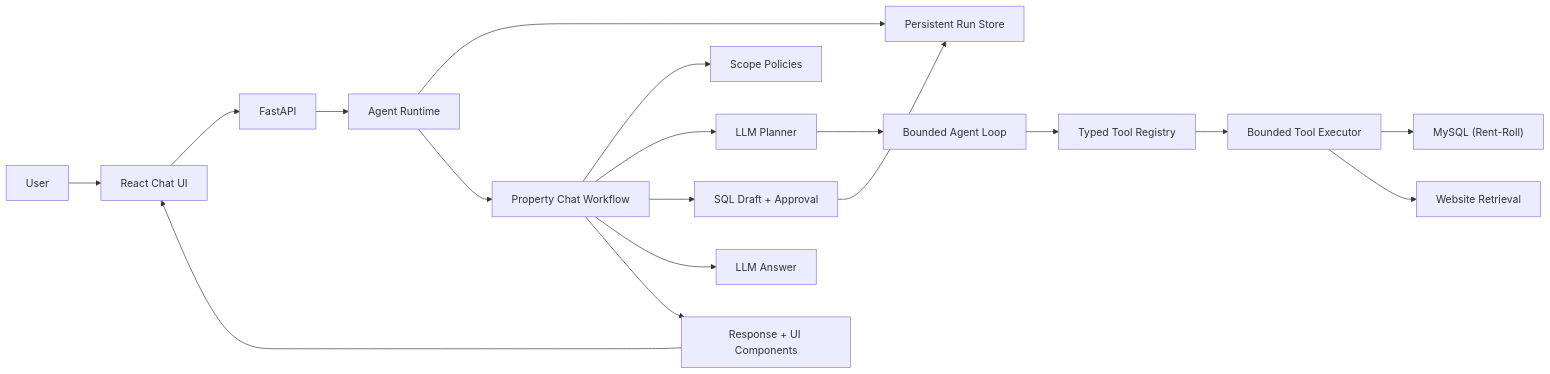
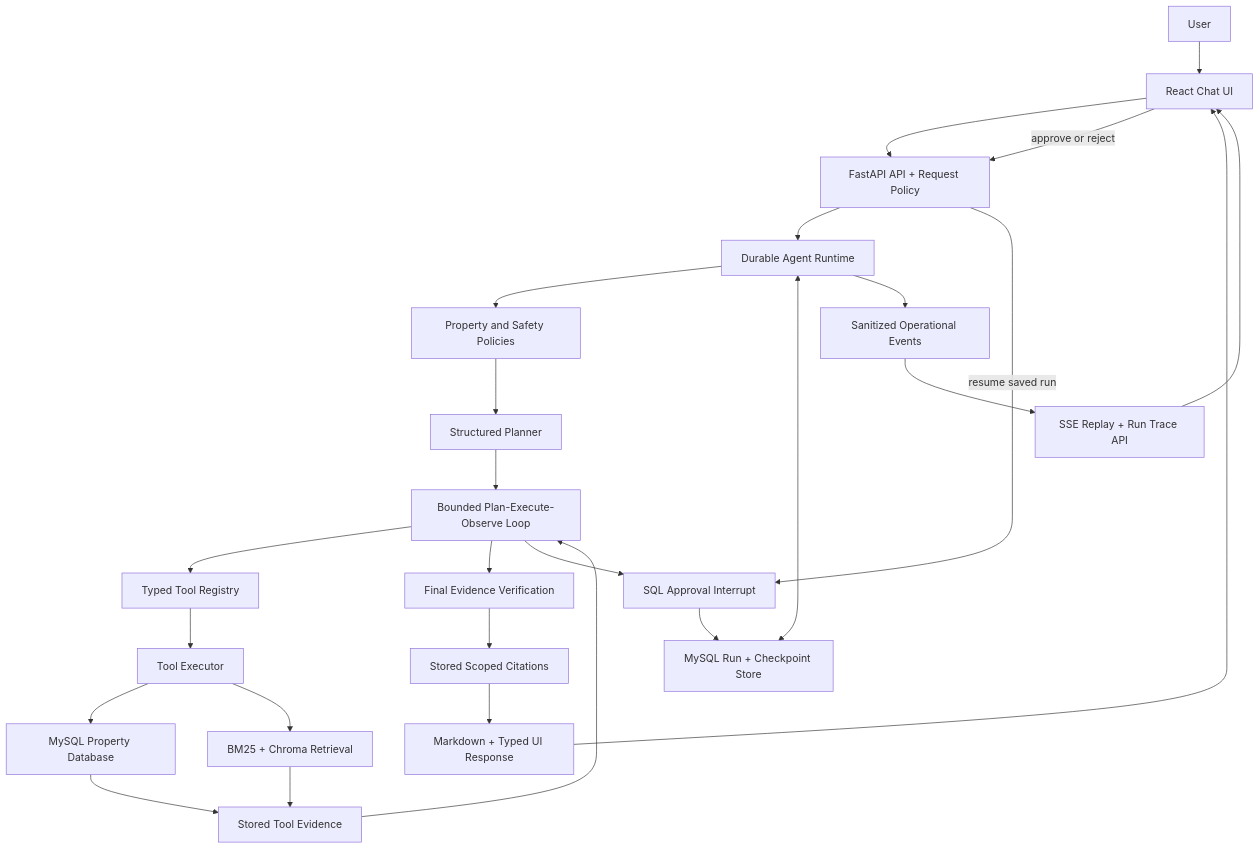
One commit to nanda1045/Property_Chatbot changed the first of 2 diagrams in README.md. Above: the diagram before and after it, drawn with Mermaid. The commit also changed other lines of this file and 17 other files, not shown here.

Commit message:
Harden production setup and document architecture

````diff
--- a/README.md
+++ b/README.md
@@ -282,20 +366,30 @@
 ```mermaid
-flowchart LR
+flowchart TD
   User["User"] --> UI["React Chat UI"]
-  UI --> API["FastAPI"]
-  API --> Runtime["Agent Runtime"]
-  Runtime --> RunStore["Persistent Run Store"]
-  Runtime --> Workflow["Property Chat Workflow"]
-  Workflow --> Policies["Scope Policies"]
-  Workflow --> Planner["LLM Planner"]
-  Planner --> Loop["Bounded Agent Loop"]
+  UI --> API["FastAPI API + Request Policy"]
+  API --> Runtime["Durable Agent Runtime"]
+  Runtime --> Policies["Property and Safety Policies"]
+  Policies --> Planner["Structured Planner"]
+  Planner --> Loop["Bounded Plan-Execute-Observe Loop"]
   Loop --> Registry["Typed Tool Registry"]
-  Registry --> Executor["Bounded Tool Executor"]
-  Executor --> MySQL["MySQL (Rent-Roll)"]
-  Executor --> Retrieval["Website Retrieval"]
-  Workflow --> SQLApproval["SQL Draft + Approval"]
-  SQLApproval --> RunStore
-  Workflow --> LLM["LLM Answer"]
-  Workflow --> Response["Response + UI Components"]
+  Registry --> Executor["Tool Executor"]
+  Executor --> PropertyDB["MySQL Property Database"]
+  Executor --> Retrieval["BM25 + Chroma Retrieval"]
+  PropertyDB --> Evidence["Stored Tool Evidence"]
+  Retrieval --> Evidence
+  Evidence --> Loop
+  Loop --> Verification["Final Evidence Verification"]
+  Verification --> Citations["Stored Scoped Citations"]
+  Citations --> Response["Markdown + Typed UI Response"]
   Response --> UI
+
+  Runtime <--> Checkpoints["MySQL Run + Checkpoint Store"]
+  Loop --> Approval["SQL Approval Interrupt"]
+  Approval --> Checkpoints
+  UI -->|approve or reject| API
+  API -->|resume saved run| Approval
+
+  Runtime --> Events["Sanitized Operational Events"]
+  Events --> EventStream["SSE Replay + Run Trace API"]
+  EventStream --> UI
 ```
````
